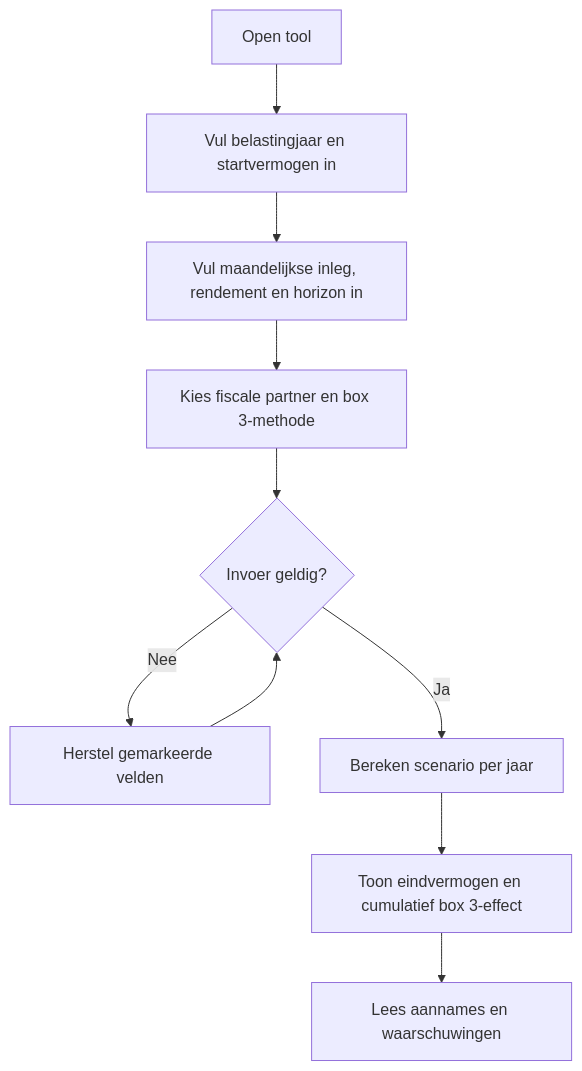
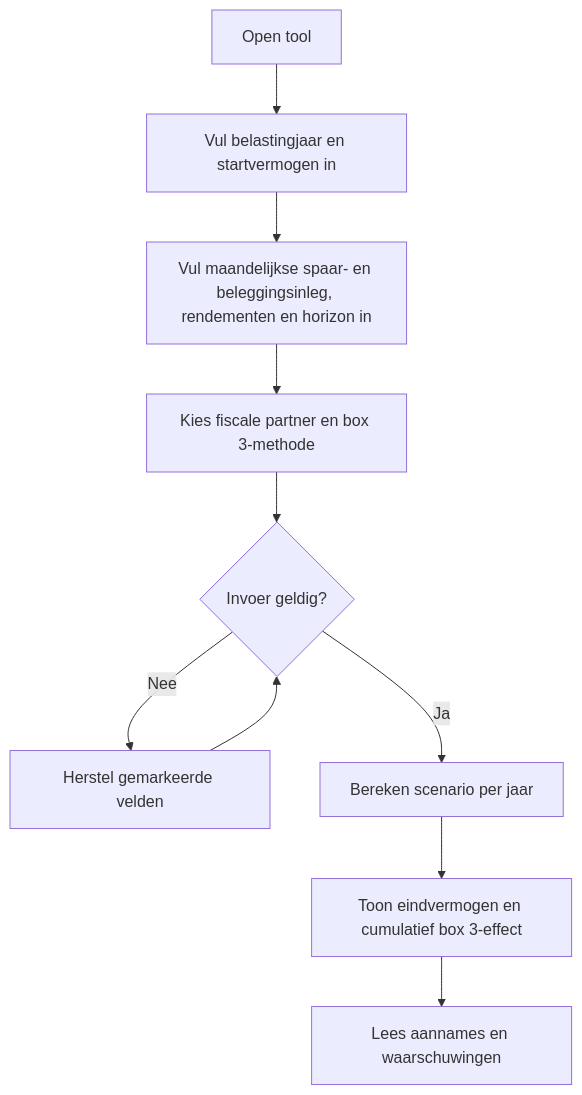
Before and after one commit to oli4vos/tooling-site: the first of 3 diagrams in apps/prive-beleggen-eindvermogen/PROCESS.md, drawn with Mermaid. The commit also changed other lines of this file and 2 other files, not shown here.

````diff
--- a/apps/prive-beleggen-eindvermogen/PROCESS.md
+++ b/apps/prive-beleggen-eindvermogen/PROCESS.md
@@ -25,12 +26,12 @@
 ```mermaid
 flowchart TD
   A[Open tool] --> B[Vul belastingjaar en startvermogen in]
-  B --> C[Vul maandelijkse inleg, rendement en horizon in]
+  B --> C[Vul maandelijkse spaar- en beleggingsinleg, rendementen en horizon in]
   C --> D[Kies fiscale partner en box 3-methode]
   D --> E{Invoer geldig?}
   E -->|Nee| F[Herstel gemarkeerde velden]
   F --> E
   E -->|Ja| G[Bereken scenario per jaar]
   G --> H[Toon eindvermogen en cumulatief box 3-effect]
   H --> I[Lees aannames en waarschuwingen]
 ```
````
